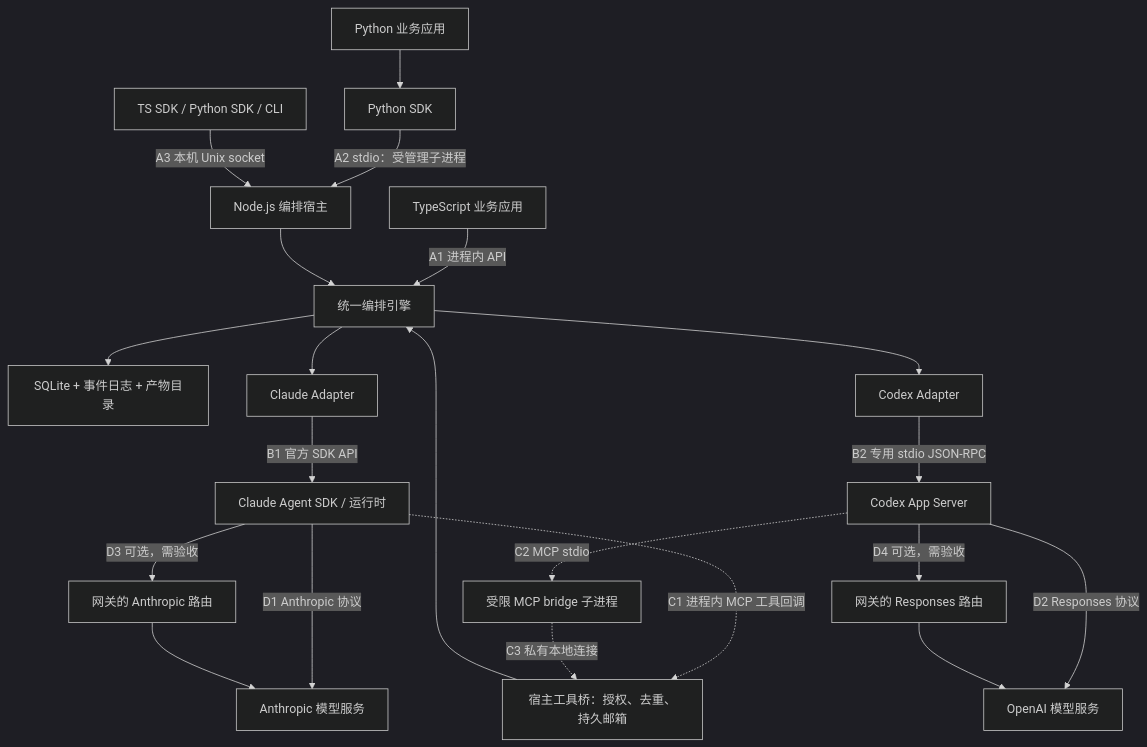
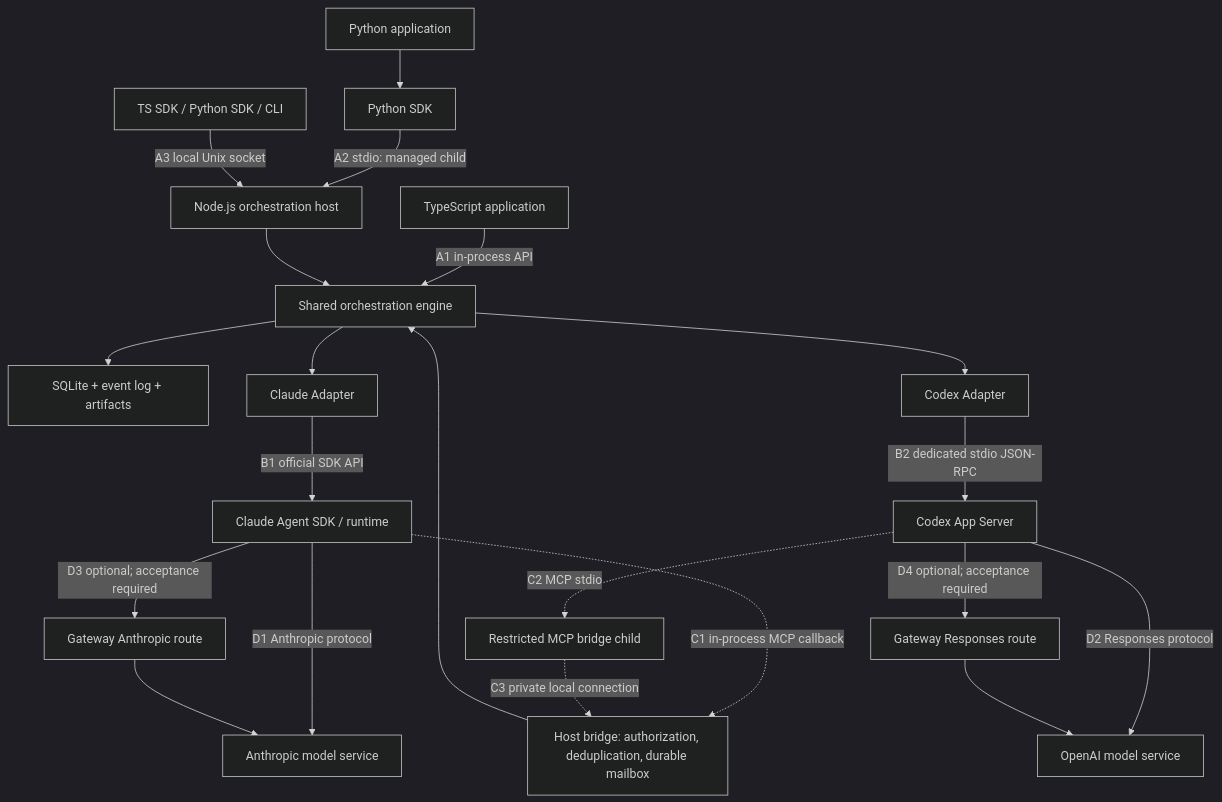
One commit to GfM-rvP9UN6UDe3W/Multi-Agent changed the first of 2 diagrams in SDK_USAGE_AND_WIRING.md. Above: the diagram before and after it, drawn with Mermaid (dark theme). The commit also changed other lines of this file and 23 other files, not shown here.

````diff
--- a/SDK_USAGE_AND_WIRING.md
+++ b/SDK_USAGE_AND_WIRING.md
@@ -31,23 +31,23 @@
 ```mermaid
 flowchart TB
-  TS["TypeScript 业务应用"] -->|"A1 进程内 API"| E["统一编排引擎"]
-  PY["Python 业务应用"] --> PS["Python SDK"]
-  PS -->|"A2 stdio：受管理子进程"| H["Node.js 编排宿主"]
-  CLIENT["TS SDK / Python SDK / CLI"] -->|"A3 本机 Unix socket"| H
+  TS["TypeScript application"] -->|"A1 in-process API"| E["Shared orchestration engine"]
+  PY["Python application"] --> PS["Python SDK"]
+  PS -->|"A2 stdio: managed child"| H["Node.js orchestration host"]
+  CLIENT["TS SDK / Python SDK / CLI"] -->|"A3 local Unix socket"| H
   H --> E
-  E --> DB["SQLite + 事件日志 + 产物目录"]
+  E --> DB["SQLite + event log + artifacts"]
   E --> CA["Claude Adapter"]
   E --> CX["Codex Adapter"]
-  CA -->|"B1 官方 SDK API"| CS["Claude Agent SDK / 运行时"]
-  CX -->|"B2 专用 stdio JSON-RPC"| AS["Codex App Server"]
-  CS -.->|"C1 进程内 MCP 工具回调"| TOOLS["宿主工具桥：授权、去重、持久邮箱"]
-  AS -.->|"C2 MCP stdio"| MB["受限 MCP bridge 子进程"]
-  MB -.->|"C3 私有本地连接"| TOOLS
+  CA -->|"B1 official SDK API"| CS["Claude Agent SDK / runtime"]
+  CX -->|"B2 dedicated stdio JSON-RPC"| AS["Codex App Server"]
+  CS -.->|"C1 in-process MCP callback"| TOOLS["Host bridge: authorization, deduplication, durable mailbox"]
+  AS -.->|"C2 MCP stdio"| MB["Restricted MCP bridge child"]
+  MB -.->|"C3 private local connection"| TOOLS
   TOOLS --> E
-  CS -->|"D1 Anthropic 协议"| AN["Anthropic 模型服务"]
-  AS -->|"D2 Responses 协议"| OA["OpenAI 模型服务"]
-  CS -->|"D3 可选，需验收"| GA["网关的 Anthropic 路由"]
-  AS -->|"D4 可选，需验收"| GO["网关的 Responses 路由"]
+  CS -->|"D1 Anthropic protocol"| AN["Anthropic model service"]
+  AS -->|"D2 Responses protocol"| OA["OpenAI model service"]
+  CS -->|"D3 optional; acceptance required"| GA["Gateway Anthropic route"]
+  AS -->|"D4 optional; acceptance required"| GO["Gateway Responses route"]
   GA --> AN
   GO --> OA
 ```
````
